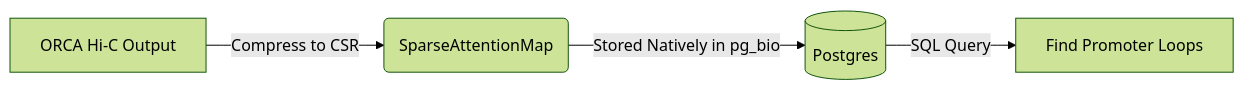
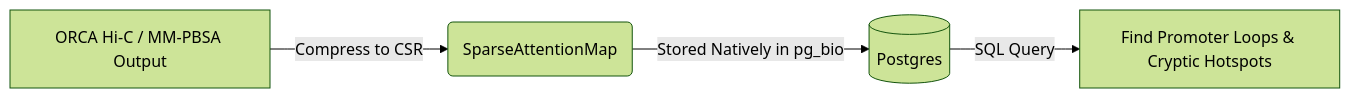
Before and after one commit to jonatas/ideia.me: the third of 4 diagrams in _posts/2026-09-23-pg-bio-intro.md, drawn with Mermaid (forest theme). The commit also changed other lines of this file, not shown here.

```diff
--- a/_posts/2026-09-23-pg-bio-intro.md
+++ b/_posts/2026-09-23-pg-bio-intro.md
@@ -54,6 +54,6 @@
 {% mermaid %}
 graph LR
-    A[ORCA Hi-C Output] -->|Compress to CSR| B(SparseAttentionMap)
+    A[ORCA Hi-C / MM-PBSA Output] -->|Compress to CSR| B(SparseAttentionMap)
     B -->|Stored Natively in pg_bio| C[(Postgres)]
-    C -->|SQL Query| D[Find Promoter Loops]
+    C -->|SQL Query| D[Find Promoter Loops & Cryptic Hotspots]
 {% endmermaid %}
```
